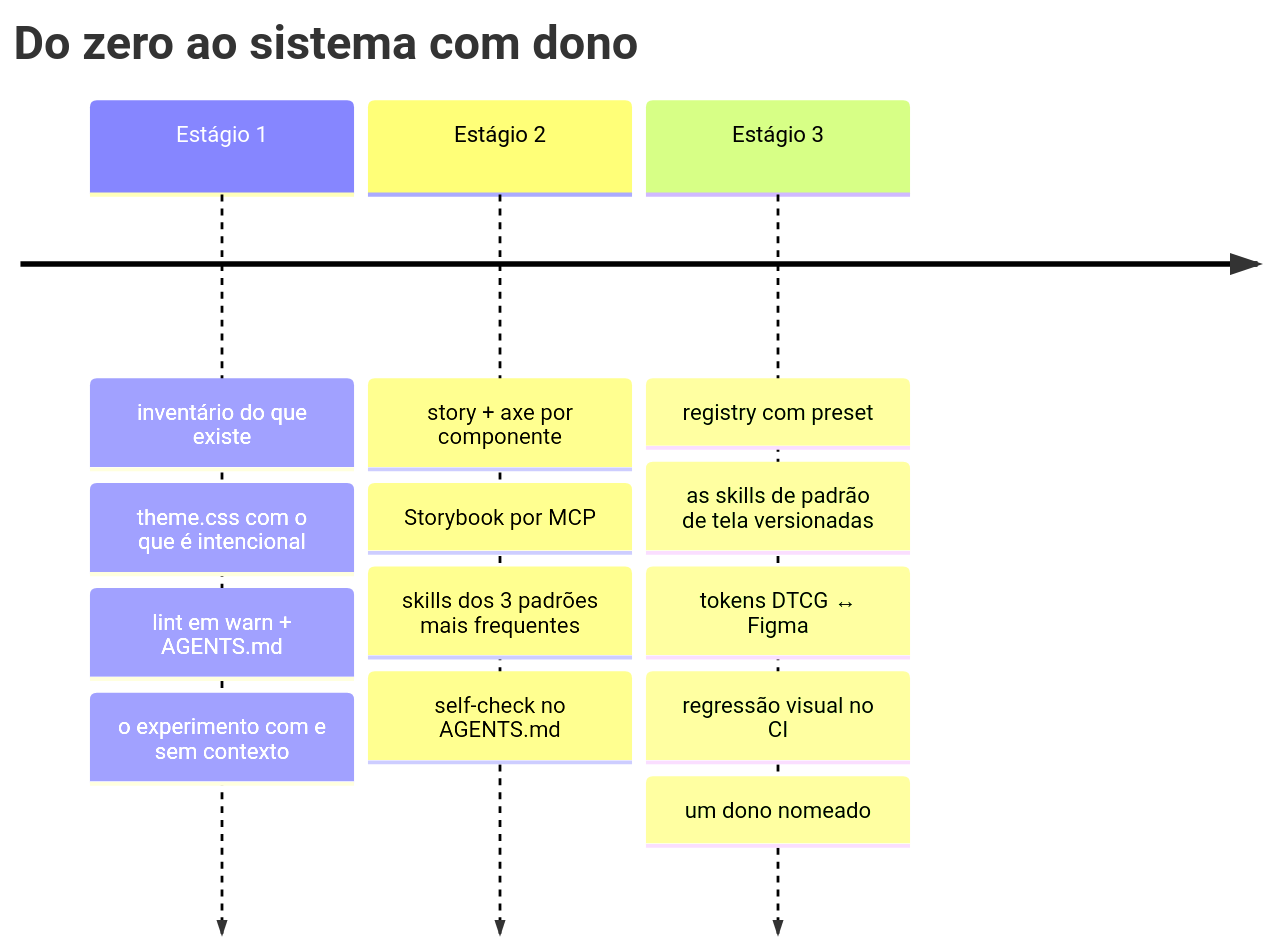
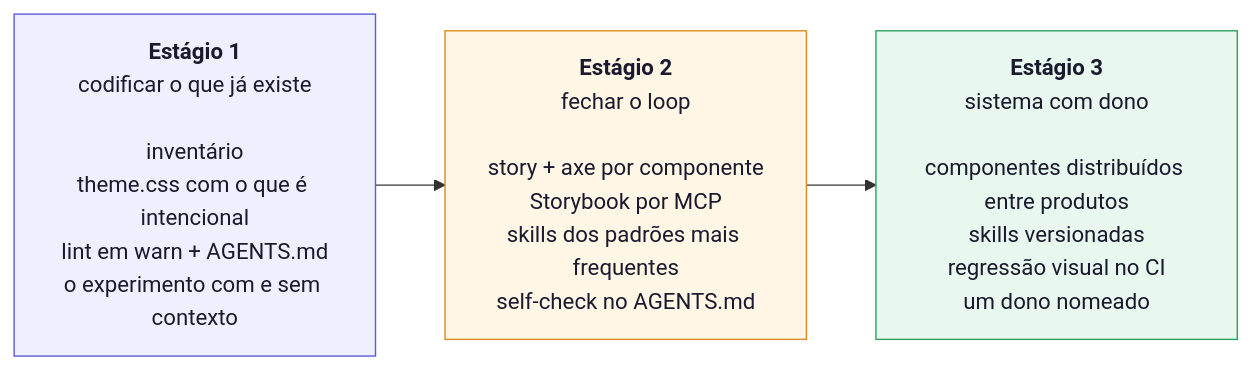
Before and after one commit to supernova-labs/design-em-projetos-de-ai: the eighth of 9 diagrams in docs/playbook.md, drawn with Mermaid. The commit also changed other lines of this file and 1 other file, not shown here.

````diff
--- a/docs/playbook.md
+++ b/docs/playbook.md
@@ -647,17 +680,13 @@
 ```mermaid
-timeline
-    title Do zero ao sistema com dono
-    Estágio 1 : inventário do que existe
-                          : theme.css com o que é intencional
-                          : lint em warn + AGENTS.md
-                          : o experimento com e sem contexto
-    Estágio 2 : story + axe por componente
-                           : Storybook por MCP
-                           : skills dos 3 padrões mais frequentes
-                           : self-check no AGENTS.md
-    Estágio 3 : registry com preset
-                         : as skills de padrão de tela versionadas
-                         : tokens DTCG ↔ Figma
-                         : regressão visual no CI
-                         : um dono nomeado
+flowchart LR
+    E1["<b>Estágio 1</b><br/>codificar o que já existe<br/>&nbsp;<br/>inventário<br/>theme.css com o que é intencional<br/>lint em warn + AGENTS.md<br/>o experimento com e sem contexto"]
+    E2["<b>Estágio 2</b><br/>fechar o loop<br/>&nbsp;<br/>story + axe por componente<br/>Storybook por MCP<br/>skills dos padrões mais frequentes<br/>self-check no AGENTS.md"]
+    E3["<b>Estágio 3</b><br/>sistema com dono<br/>&nbsp;<br/>componentes distribuídos entre produtos<br/>skills versionadas<br/>regressão visual no CI<br/>um dono nomeado"]
+    E1 --> E2 --> E3
+    classDef a fill:#eef0ff,stroke:#5b5bd6,color:#1a1a2e
+    classDef b fill:#fff6e5,stroke:#d98b1e,color:#1a1a2e
+    classDef c fill:#e9f8ef,stroke:#2f9e5f,color:#1a1a2e
+    class E1 a
+    class E2 b
+    class E3 c
 ```
````
